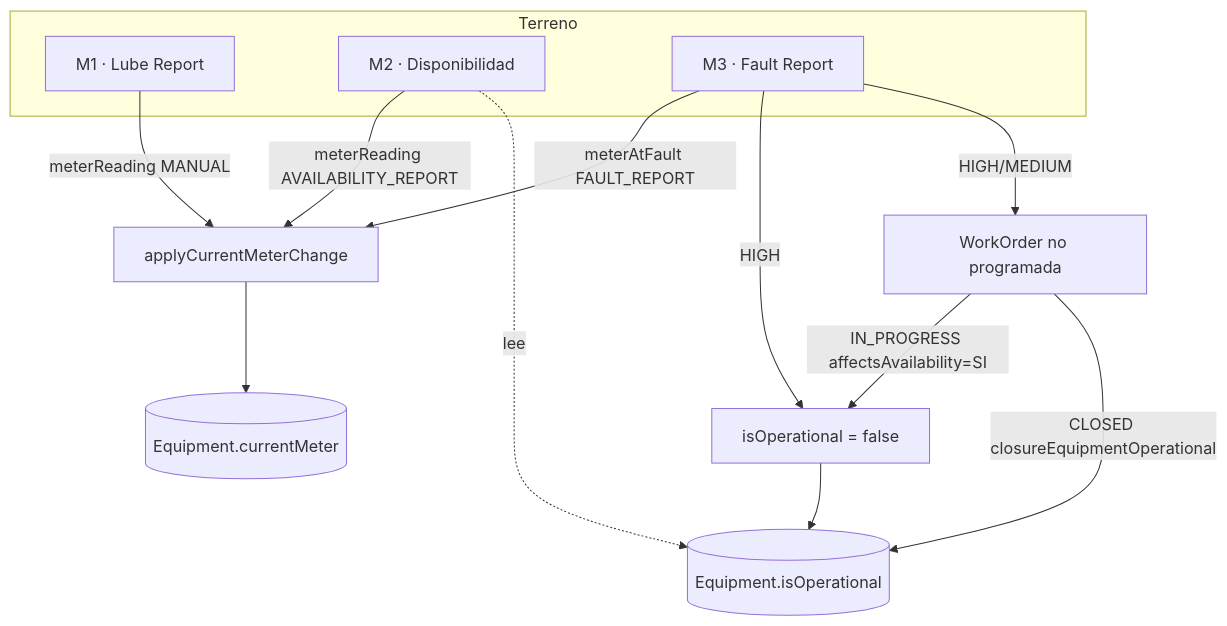
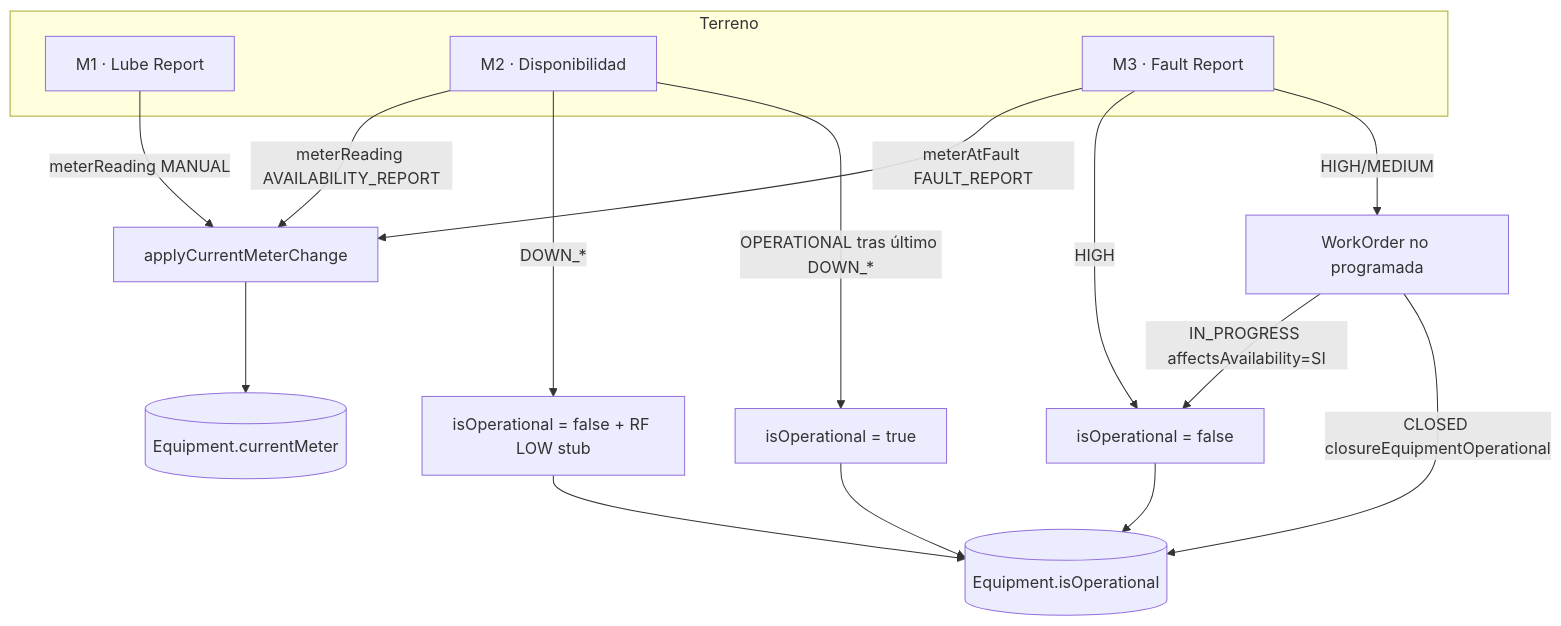
One commit to Sherydans12/BL01-ERP_de_Gestion_de_Activos-Mantenimiento-e-Inventario changed the fourth of 4 diagrams in docs/MASTER-CONTEXT.md. Above: the diagram before and after it, drawn with Mermaid. The commit also changed other lines of this file and 16 other files, not shown here.

````diff
--- a/docs/MASTER-CONTEXT.md
+++ b/docs/MASTER-CONTEXT.md
@@ -377,18 +378,21 @@
 ```mermaid
 flowchart TD
   subgraph Terreno
     M1[M1 · Lube Report]
     M2[M2 · Disponibilidad]
     M3[M3 · Fault Report]
   end
   M1 -->|meterReading MANUAL| MC[applyCurrentMeterChange]
   M2 -->|meterReading AVAILABILITY_REPORT| MC
   M3 -->|meterAtFault FAULT_REPORT| MC
   MC --> EQ[(Equipment.currentMeter)]
   M3 -->|HIGH| OPF[isOperational = false]
   M3 -->|HIGH/MEDIUM| OT[WorkOrder no programada]
+  M2 -->|DOWN_*| OPD[isOperational = false + RF LOW stub]
+  M2 -->|OPERATIONAL tras último DOWN_*| OPU[isOperational = true]
   OT -->|IN_PROGRESS affectsAvailability=SI| OPF
   OT -->|CLOSED closureEquipmentOperational| EQOP[(Equipment.isOperational)]
   OPF --> EQOP
-  M2 -.lee.-> EQOP
+  OPD --> EQOP
+  OPU --> EQOP
 ```
````
